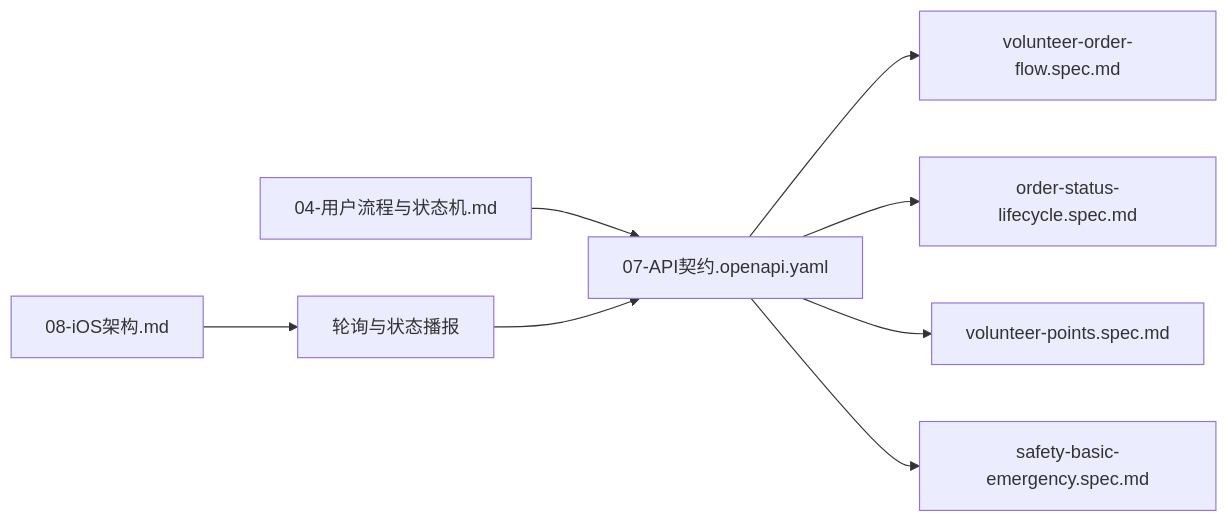
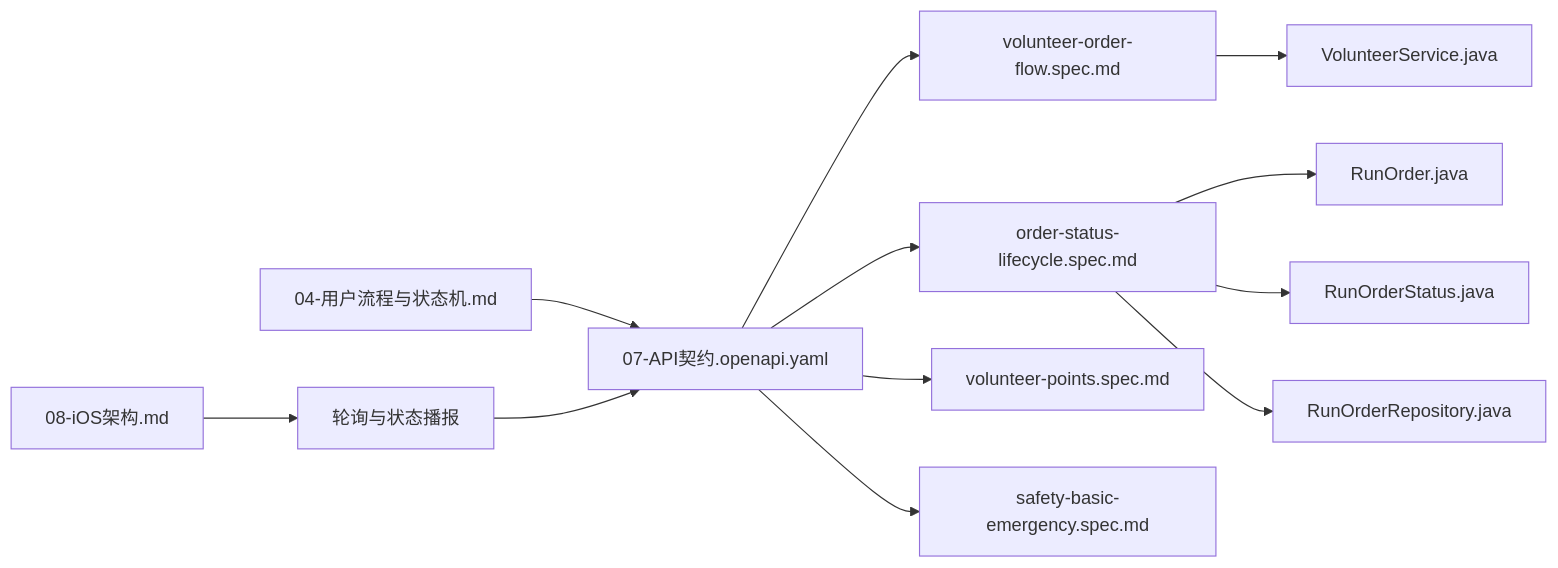
Diagram 11 of 11 in .qoder/repowiki/zh/content/核心功能模块/志愿者功能/接单服务流程.md (Jayden23018/blind-run-ios), drawn with Mermaid before and after one commit. The commit also changed other lines of this file and 15 other files, not shown here.

````diff
--- a/.qoder/repowiki/zh/content/核心功能模块/志愿者功能/接单服务流程.md
+++ b/.qoder/repowiki/zh/content/核心功能模块/志愿者功能/接单服务流程.md
@@ -409,10 +462,14 @@
 ```mermaid
 graph LR
 DOC["04-用户流程与状态机.md"] --> API["07-API契约.openapi.yaml"]
 API --> SPEC1["volunteer-order-flow.spec.md"]
 API --> SPEC2["order-status-lifecycle.spec.md"]
 API --> SPEC3["volunteer-points.spec.md"]
 API --> SPEC4["safety-basic-emergency.spec.md"]
+SPEC1 --> SERVICE["VolunteerService.java"]
+SPEC2 --> ORDER["RunOrder.java"]
+SPEC2 --> STATUS["RunOrderStatus.java"]
+SPEC2 --> REPO["RunOrderRepository.java"]
 ARCH["08-iOS架构.md"] --> POLL["轮询与状态播报"]
 POLL --> API
 ```
````
